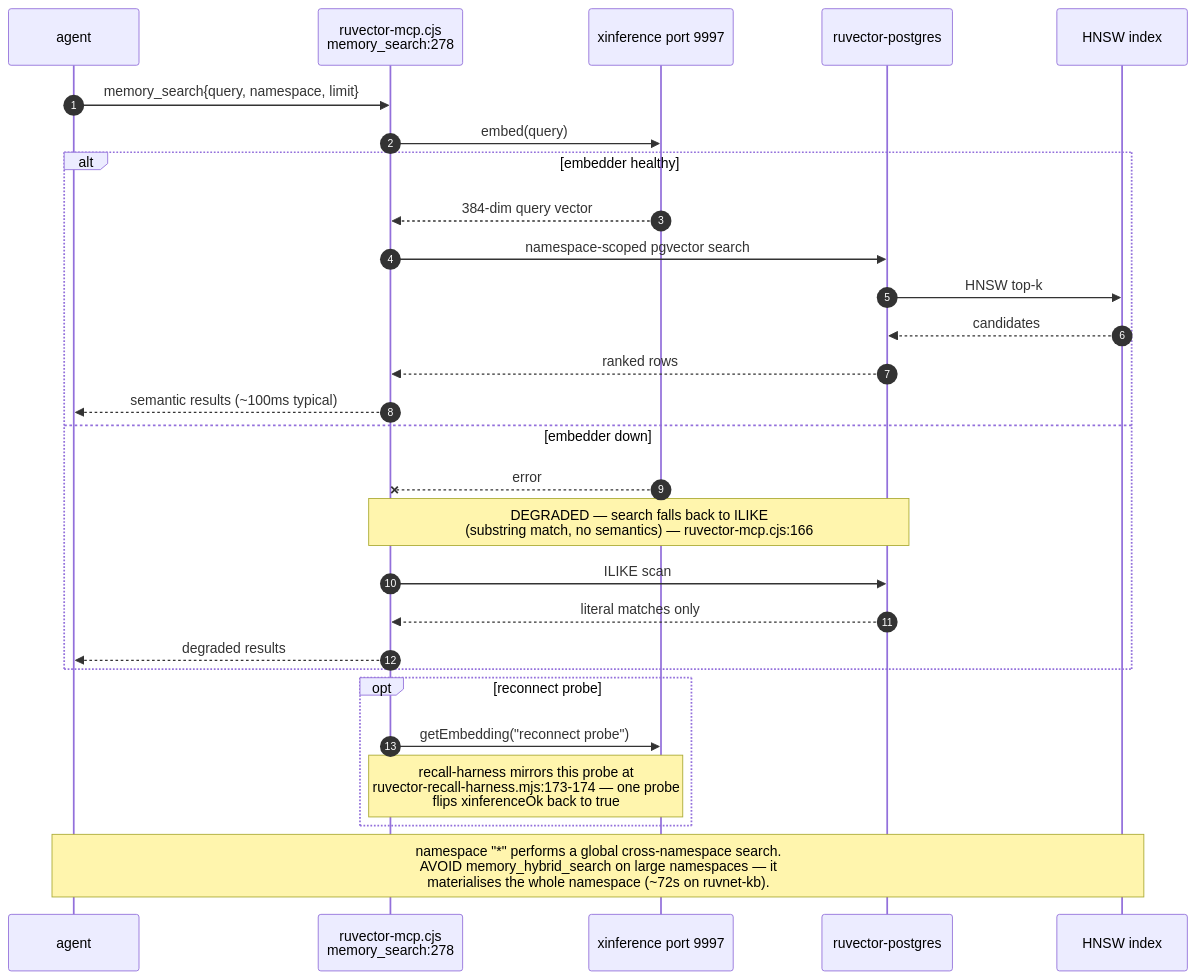
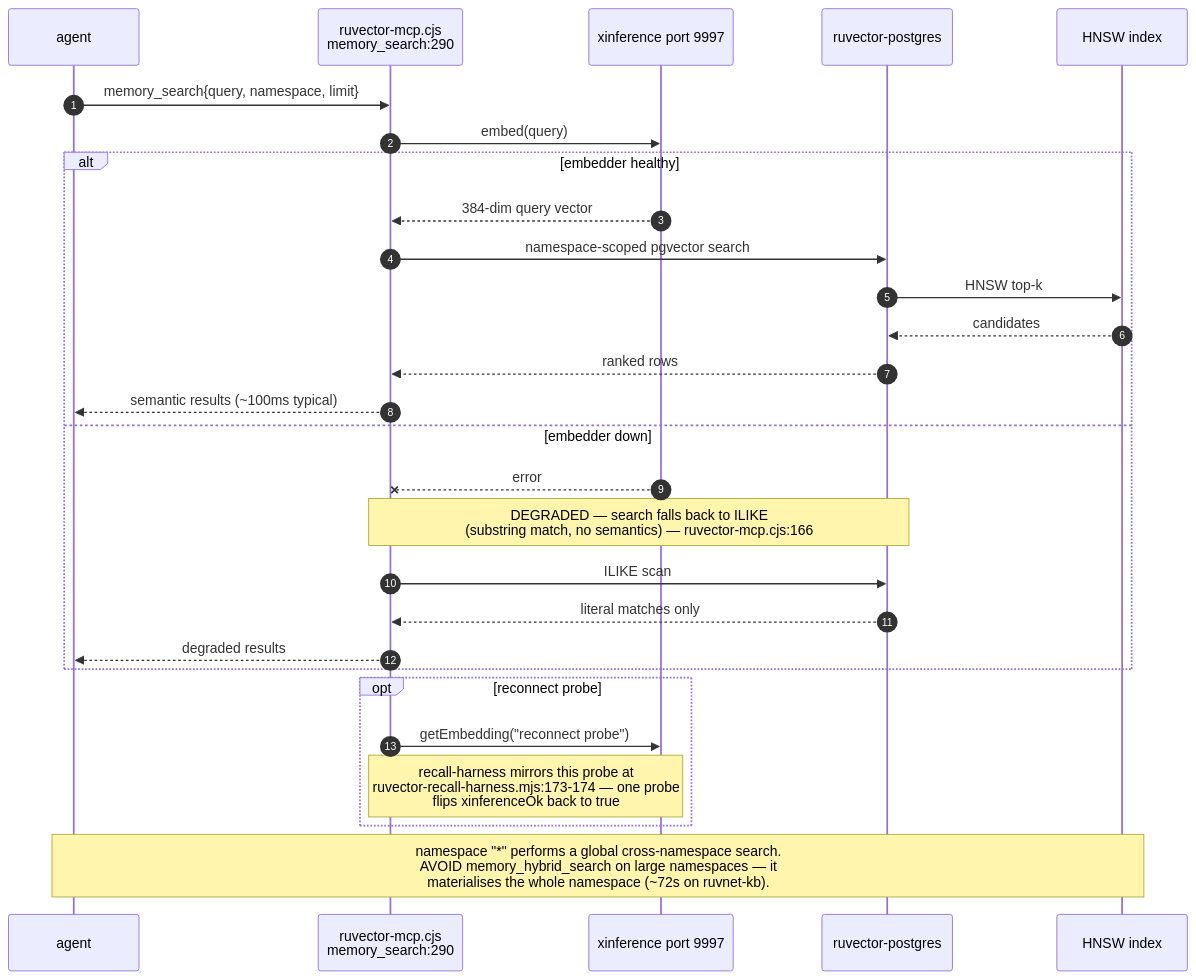
One commit to DreamLab-AI/VisionFlow changed the third of 6 diagrams in docs/diagrams/estate/07-memory-and-embedding-estate.md. Above: the diagram before and after it, drawn with Mermaid. The commit also changed other lines of this file and 136 other files, not shown here.

First line of the commit message:
docs(diagrams): refresh the whole corpus to code HEAD and prune low-value diagrams

````diff
--- a/docs/diagrams/estate/07-memory-and-embedding-estate.md
+++ b/docs/diagrams/estate/07-memory-and-embedding-estate.md
@@ -100,31 +105,31 @@
 ```mermaid
 sequenceDiagram
     autonumber
     participant A as agent
-    participant M as ruvector-mcp.cjs<br/>memory_search:278
+    participant M as ruvector-mcp.cjs<br/>memory_search:290
     participant X as xinference port 9997
     participant P as ruvector-postgres
     participant H as HNSW index
 
     A->>M: memory_search{query, namespace, limit}
     M->>X: embed(query)
     alt embedder healthy
         X-->>M: 384-dim query vector
         M->>P: namespace-scoped pgvector search
         P->>H: HNSW top-k
         H-->>P: candidates
         P-->>M: ranked rows
         M-->>A: semantic results (~100ms typical)
     else embedder down
         X--xM: error
         Note over M,P: DEGRADED — search falls back to ILIKE<br/>(substring match, no semantics) — ruvector-mcp.cjs:166
         M->>P: ILIKE scan
         P-->>M: literal matches only
         M-->>A: degraded results
     end
     opt reconnect probe
         M->>X: getEmbedding("reconnect probe")
         Note over M,X: recall-harness mirrors this probe at<br/>ruvector-recall-harness.mjs:173-174 — one probe<br/>flips xinferenceOk back to true
     end
     Note over A,H: namespace "*" performs a global cross-namespace search.<br/>AVOID memory_hybrid_search on large namespaces — it<br/>materialises the whole namespace (~72s on ruvnet-kb).
 ```
````
